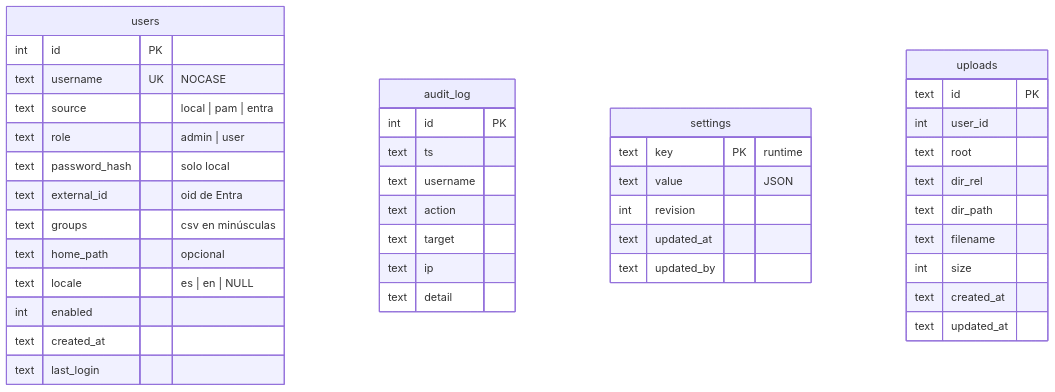
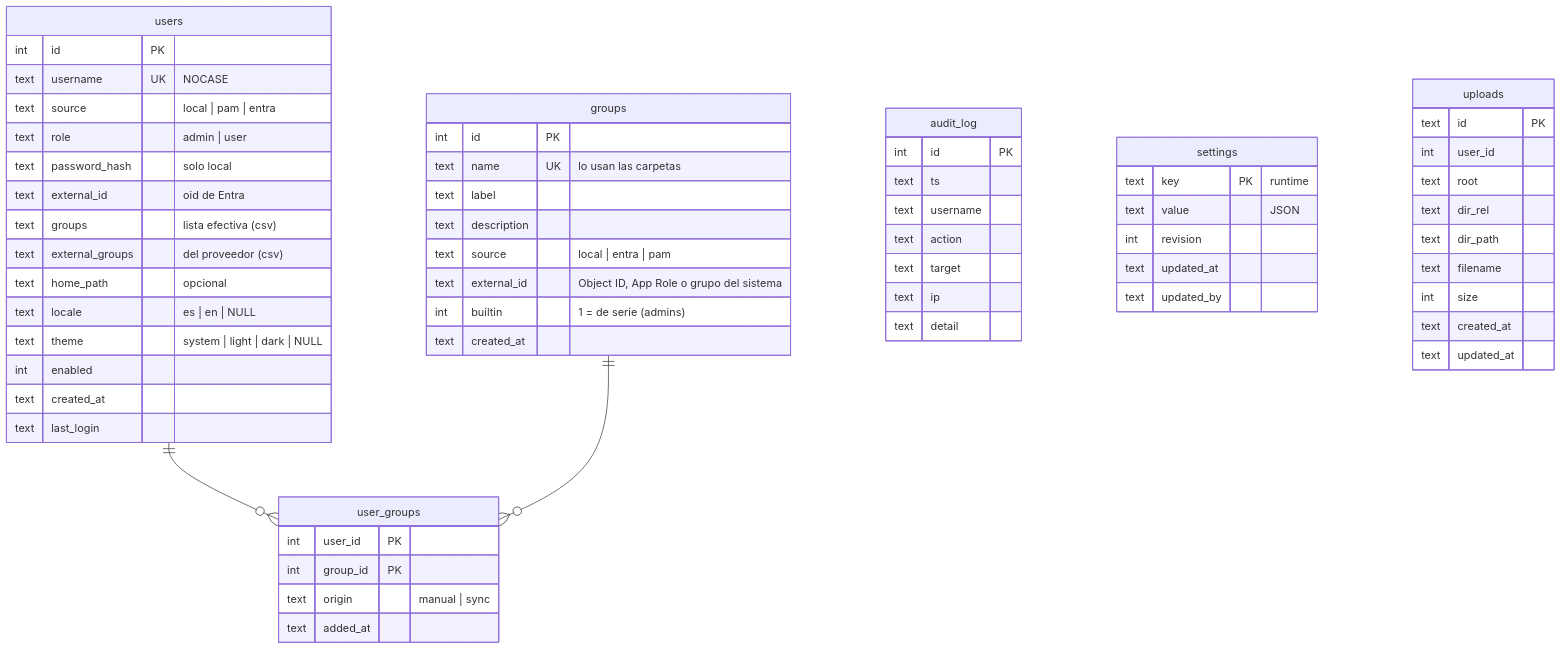
One commit to vsc55/StorageWeb changed the diagram in docs/arquitectura/datos.md. Above: the diagram before and after it, drawn with Mermaid. The commit also changed other lines of this file and 58 other files, not shown here.

````diff
--- a/docs/arquitectura/datos.md
+++ b/docs/arquitectura/datos.md
@@ -7,44 +7,64 @@
 ```mermaid
 erDiagram
     users {
         int id PK
         text username UK "NOCASE"
         text source "local | pam | entra"
         text role "admin | user"
         text password_hash "solo local"
         text external_id "oid de Entra"
-        text groups "csv en minúsculas"
+        text groups "lista efectiva (csv)"
+        text external_groups "del proveedor (csv)"
         text home_path "opcional"
         text locale "es | en | NULL"
+        text theme "system | light | dark | NULL"
         int enabled
         text created_at
         text last_login
     }
+    groups {
+        int id PK
+        text name UK "lo usan las carpetas"
+        text label
+        text description
+        text source "local | entra | pam"
+        text external_id "Object ID, App Role o grupo del sistema"
+        int builtin "1 = de serie (admins)"
+        text created_at
+    }
+    user_groups {
+        int user_id PK
+        int group_id PK
+        text origin "manual | sync"
+        text added_at
+    }
+    users ||--o{ user_groups : ""
+    groups ||--o{ user_groups : ""
     audit_log {
         int id PK
         text ts
         text username
         text action
         text target
         text ip
         text detail
     }
     settings {
         text key PK "runtime"
         text value "JSON"
         int revision
         text updated_at
         text updated_by
     }
     uploads {
         text id PK
         int user_id
         text root
         text dir_rel
         text dir_path
         text filename
         int size
         text created_at
         text updated_at
     }
 ```
````
